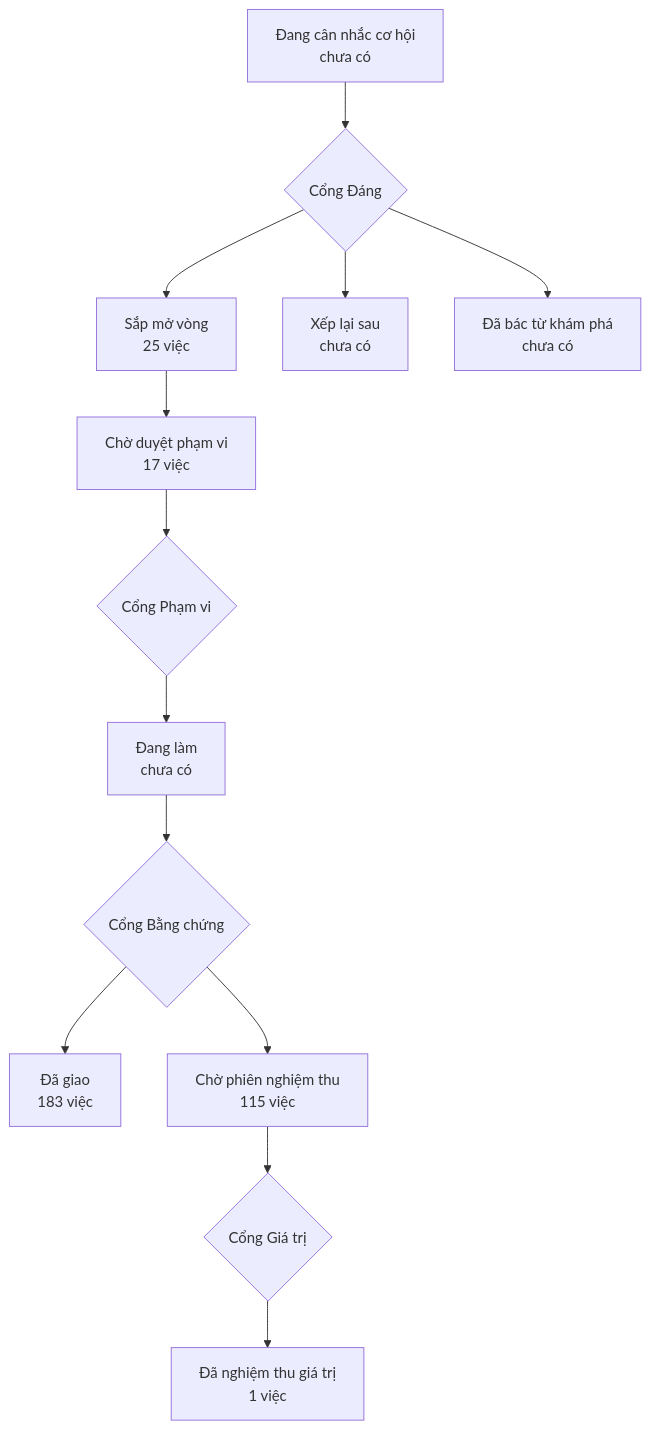
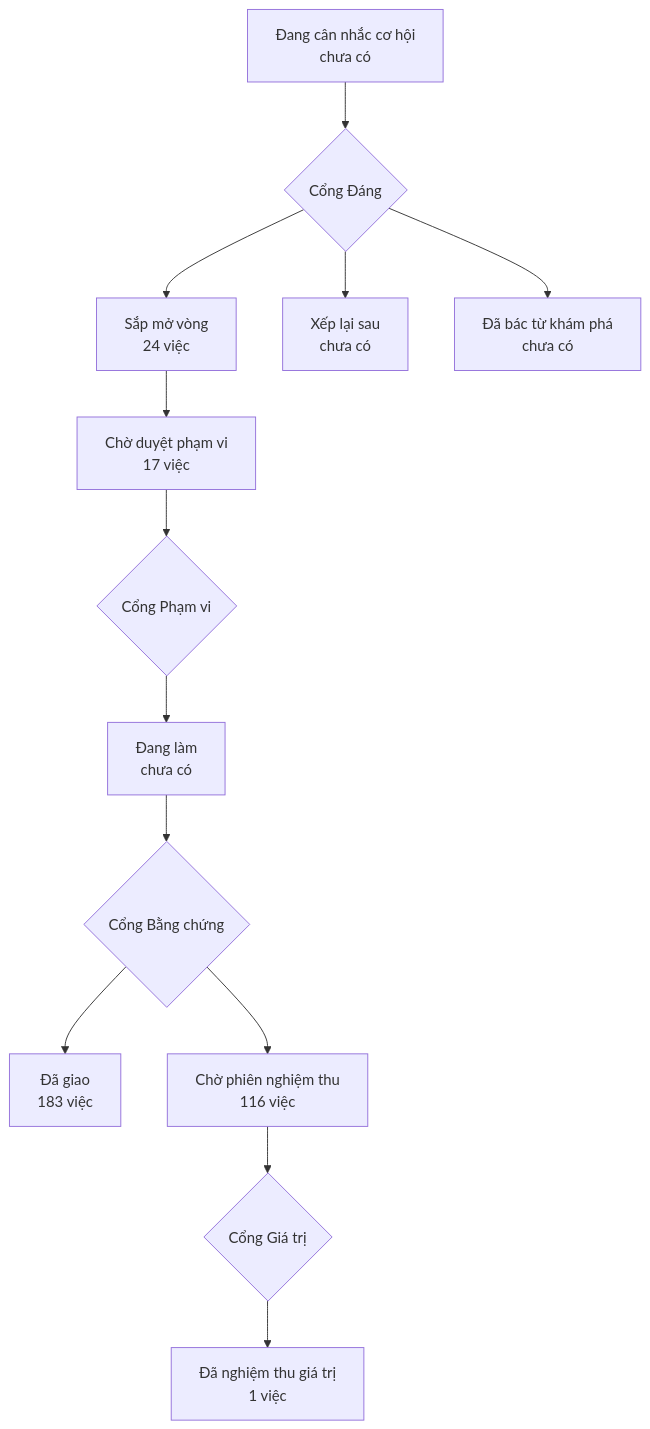
Before and after one commit to phanlemanh/onehub-invest: the diagram in PRODUCT-MAP.md, drawn with Mermaid. The commit also changed other lines of this file and 1 other file, not shown here.

Commit message:
docs: vẽ lại bản đồ sản phẩm sau gộp main (sao-luu-ma-hoa-b2)

````diff
--- a/PRODUCT-MAP.md
+++ b/PRODUCT-MAP.md
@@ -7,12 +7,12 @@
 ```mermaid
 flowchart TD
   A["Đang cân nhắc cơ hội<br/>chưa có"] --> GD{"Cổng Đáng"}
-  GD --> B["Sắp mở vòng<br/>25 việc"]
+  GD --> B["Sắp mở vòng<br/>24 việc"]
   GD --> XL["Xếp lại sau<br/>chưa có"]
   GD --> DB["Đã bác từ khám phá<br/>chưa có"]
   B --> CD["Chờ duyệt phạm vi<br/>17 việc"] --> GP{"Cổng Phạm vi"}
   GP --> DL["Đang làm<br/>chưa có"] --> GB{"Cổng Bằng chứng"}
   GB --> DG["Đã giao<br/>183 việc"]
-  GB --> CN["Chờ phiên nghiệm thu<br/>115 việc"] --> GG{"Cổng Giá trị"}
+  GB --> CN["Chờ phiên nghiệm thu<br/>116 việc"] --> GG{"Cổng Giá trị"}
   GG --> NT["Đã nghiệm thu giá trị<br/>1 việc"]
 ```
````
